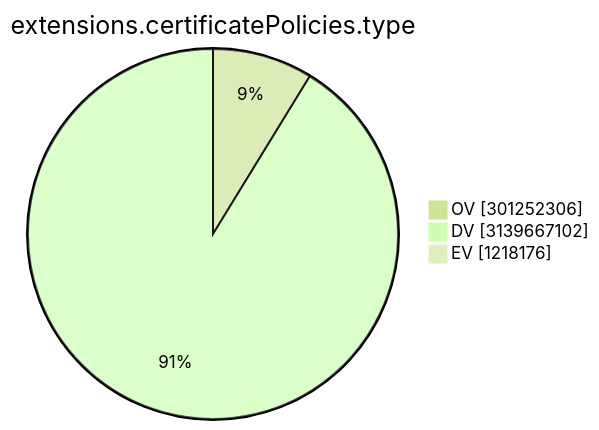
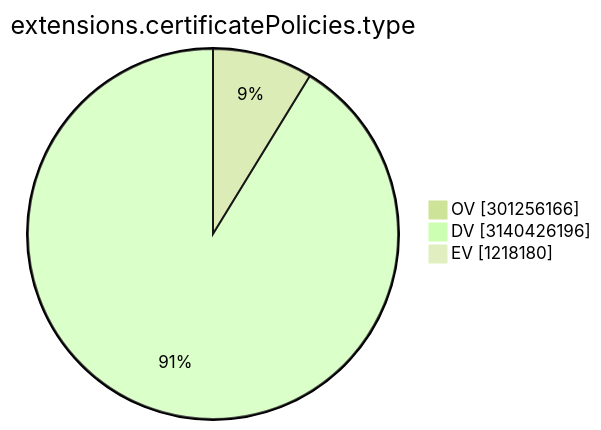
Before and after one commit to christiankrug/ctmonitor_visualization: the ninth of 15 diagrams in TOTAL/README.md, drawn with Mermaid (forest theme). The commit also changed other lines of this file, not shown here.

````diff
--- a/TOTAL/README.md
+++ b/TOTAL/README.md
@@ -3105,7 +3105,7 @@
 ```mermaid
 pie showData
 title extensions.certificatePolicies.type
-"OV" :301252306
-"DV" :3139667102
-"EV" :1218176
+"OV" :301256166
+"DV" :3140426196
+"EV" :1218180
 ```
````
